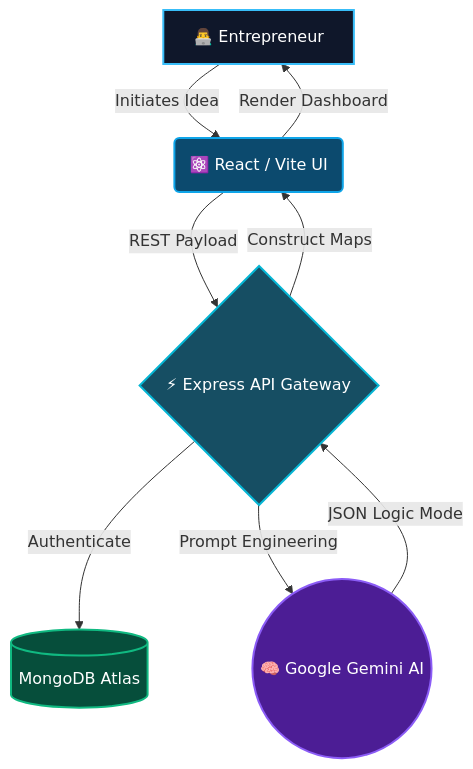
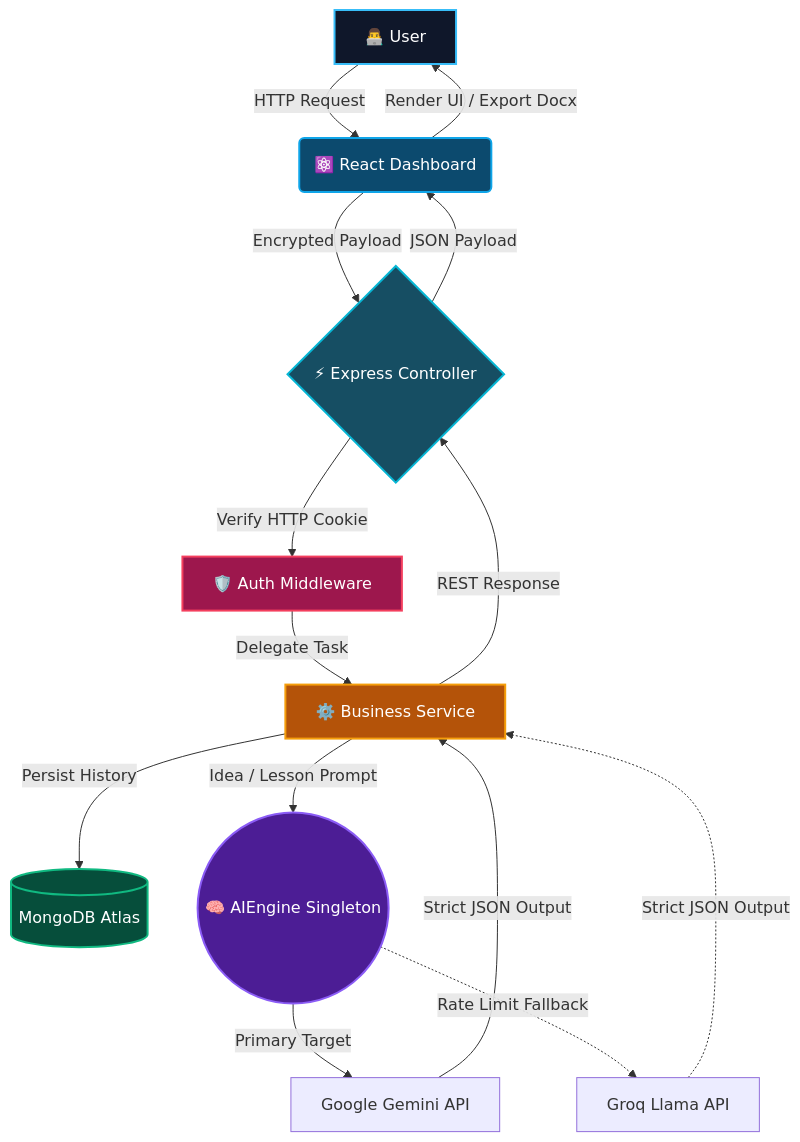
One commit to lokibanna/bayax changed the first of 2 diagrams in README.md. Above: the diagram before and after it, drawn with Mermaid. The commit also changed other lines of this file, not shown here.

````diff
--- a/README.md
+++ b/README.md
@@ -66,18 +68,28 @@
 ```mermaid
 graph TD
-    A[👨‍💻 Entrepreneur] -->|Initiates Idea| B(⚛️ React / Vite UI)
-    B -->|REST Payload| C{⚡ Express API Gateway}
+    A[👨‍💻 User] -->|HTTP Request| B(⚛️ React Dashboard)
+    B -->|Encrypted Payload| C{⚡ Express Controller}
     
-    C -->|Authenticate| D[(MongoDB Atlas)]
-    C -->|Prompt Engineering| E((🧠 Google Gemini AI))
+    C -->|Verify HTTP Cookie| F[🛡️ Auth Middleware]
+    F -->|Delegate Task| S[⚙️ Business Service]
     
-    E -->|JSON Logic Mode| C
-    C -->|Construct Maps| B
-    B -->|Render Dashboard| A
+    S -->|Persist History| D[(MongoDB Atlas)]
+    S -->|Idea / Lesson Prompt| E((🧠 AIEngine Singleton))
+    
+    E -->|Primary Target| G[Google Gemini API]
+    E -.->|Rate Limit Fallback| H[Groq Llama API]
+    
+    G -->|Strict JSON Output| S
+    H -.->|Strict JSON Output| S
+    S -->|REST Response| C
+    C -->|JSON Payload| B
+    B -->|Render UI / Export Docx| A
     
     style A fill:#0f172a,stroke:#38bdf8,stroke-width:2px,color:#fff
     style B fill:#0c4a6e,stroke:#0ea5e9,stroke-width:2px,color:#fff
     style C fill:#164e63,stroke:#06b6d4,stroke-width:2px,color:#fff
     style D fill:#064e3b,stroke:#10b981,stroke-width:2px,color:#fff
     style E fill:#4c1d95,stroke:#8b5cf6,stroke-width:2px,color:#fff
+    style F fill:#9d174d,stroke:#f43f5e,stroke-width:2px,color:#fff
+    style S fill:#b45309,stroke:#f59e0b,stroke-width:2px,color:#fff
 ```
````
